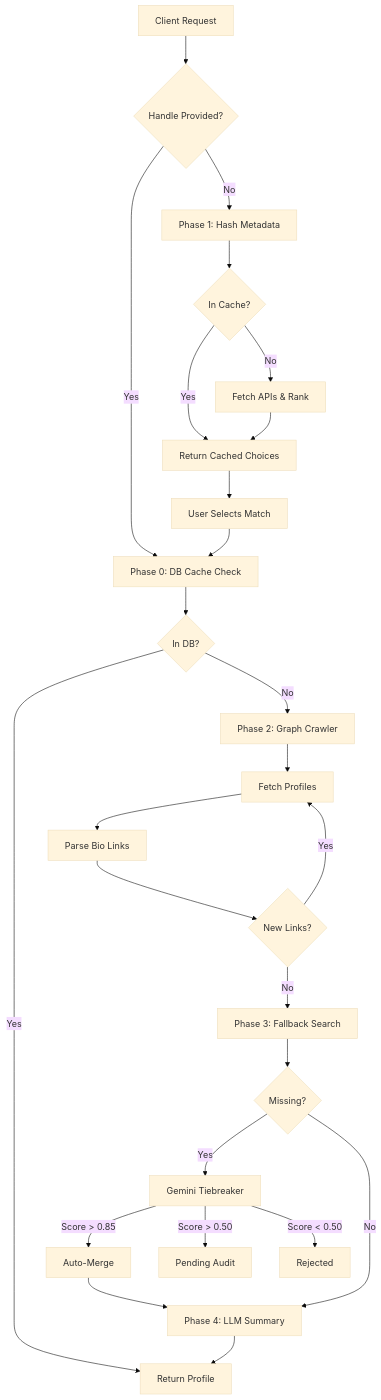
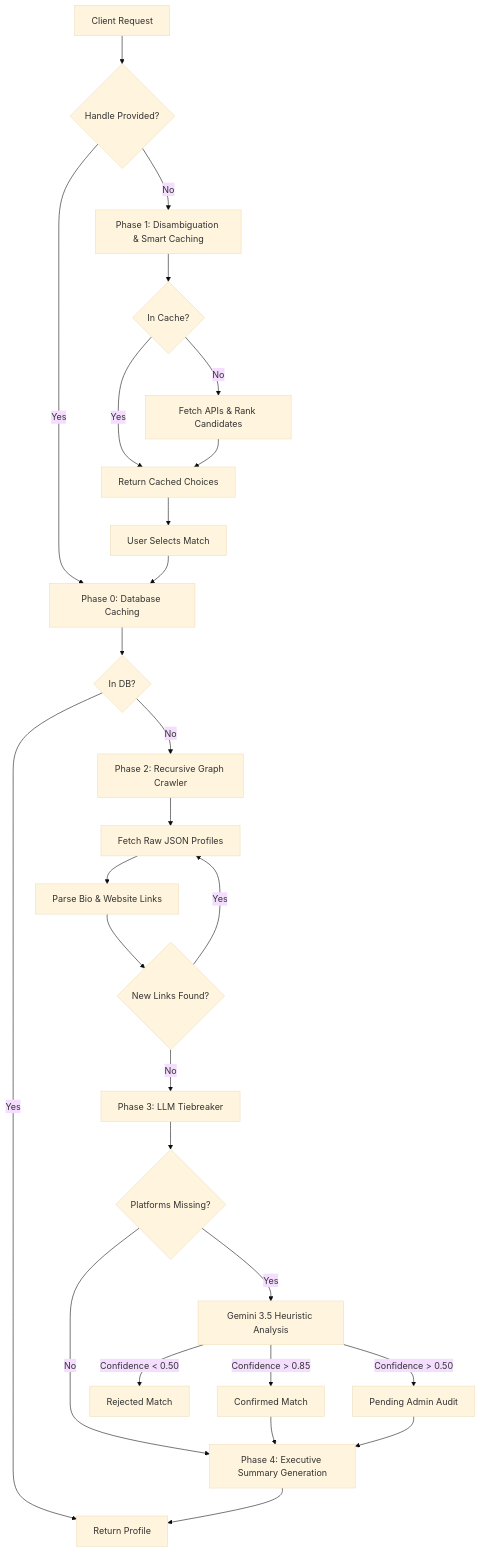
The diagram in README.md (Niteshkrjhag/Dev-Profile-Unifier), drawn with Mermaid (base theme) before and after one commit. The commit also changed other lines of this file, not shown here.

````diff
--- a/README.md
+++ b/README.md
@@ -16,35 +34,36 @@
 ```mermaid
 graph TD
   A[Client Request] --> B{Handle Provided?}
   
-  B -- Yes --> C[Phase 0: DB Cache Check]
+  B -- Yes --> C[Phase 0: Database Caching]
   
-  B -- No --> D1[Phase 1: Hash Metadata]
+  B -- No --> D1[Phase 1: Disambiguation & Smart Caching]
   D1 --> D2{In Cache?}
   D2 -- Yes --> E[Return Cached Choices]
-  D2 -- No --> D3[Fetch APIs & Rank]
+  D2 -- No --> D3[Fetch APIs & Rank Candidates]
   D3 --> E
   E --> F[User Selects Match]
   F --> C
   
   C --> G{In DB?}
   G -- Yes --> H[Return Profile]
-  G -- No --> I[Phase 2: Graph Crawler]
+  G -- No --> I[Phase 2: Recursive Graph Crawler]
   
-  I --> J[Fetch Profiles]
-  J --> K[Parse Bio Links]
-  K --> L{New Links?}
+  I --> J[Fetch Raw JSON Profiles]
+  J --> K[Parse Bio & Website Links]
+  K --> L{New Links Found?}
   L -- Yes --> J
   
-  L -- No --> M[Phase 3: Fallback Search]
-  M --> N{Missing?}
+  L -- No --> M[Phase 3: LLM Tiebreaker]
+  M --> N{Platforms Missing?}
   
-  N -- Yes --> O[Gemini Tiebreaker]
-  O -->|Score > 0.85| Q[Auto-Merge]
-  O -->|Score > 0.50| R[Pending Audit]
-  O -->|Score < 0.50| S[Rejected]
+  N -- Yes --> O[Gemini 3.5 Heuristic Analysis]
+  O -->|Confidence > 0.85| Q[Confirmed Match]
+  O -->|Confidence > 0.50| R[Pending Admin Audit]
+  O -->|Confidence < 0.50| S[Rejected Match]
   
-  N -- No --> T[Phase 4: LLM Summary]
+  N -- No --> T[Phase 4: Executive Summary Generation]
   Q --> T
+  R --> T
   T --> H
 ```
````
